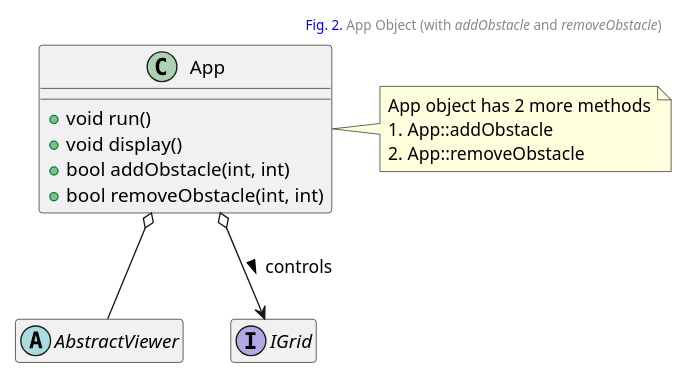
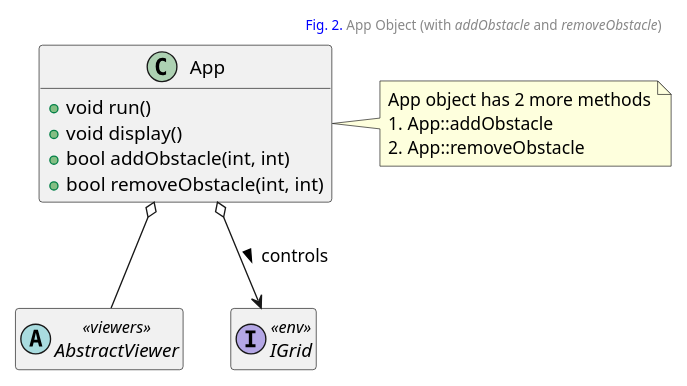
One commit to kanmeugne/kanmeugne.github.io changed the second of 4 diagrams in _posts/modsim/2020-10-04-2d-grid-obstacles.md. Above: the diagram before and after it, drawn with PlantUML. The commit also changed other lines of this file and 3 other files, not shown here.

```diff
--- a/_posts/modsim/2020-10-04-2d-grid-obstacles.md
+++ b/_posts/modsim/2020-10-04-2d-grid-obstacles.md
@@ -87,25 +89,26 @@
 {% plantuml %}
 @startuml
 header: <font color=blue>Fig. 2.</font> App Object (with <i>addObstacle</i> and <i>removeObstacle</i>)
 scale 0.9
 class App {
     + void run()
     + void display()
     + bool addObstacle(int, int)
     + bool removeObstacle(int, int)
 }
 
 note right
 App object has 2 more methods
 # App::addObstacle
 # App::removeObstacle
 end note
-abstract class AbstractViewer
-interface IGrid
+abstract class AbstractViewer <<viewers>>
+interface IGrid <<env>>
 App o-- AbstractViewer
 App o--> IGrid : controls >
 hide IGrid members
 hide AbstractViewer members
+hide App fields
 
 @enduml
 {% endplantuml %}
```
